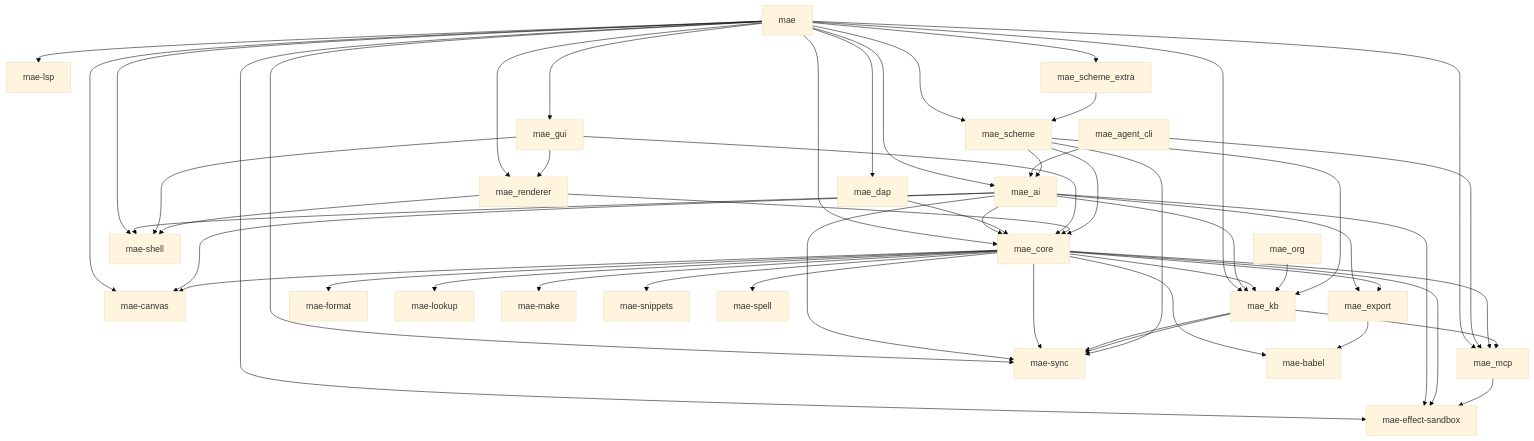
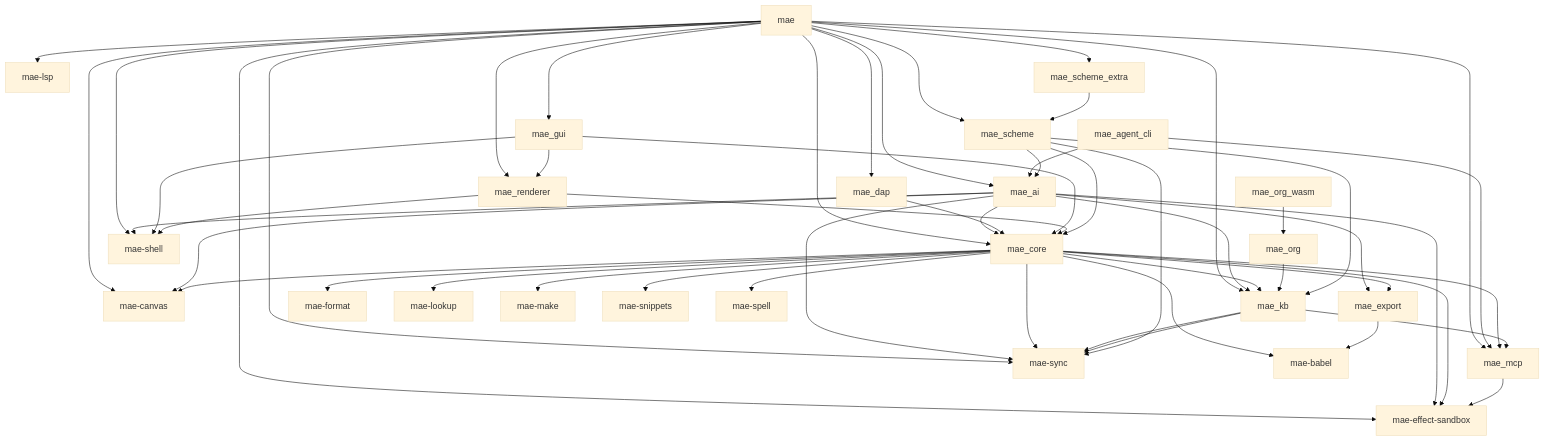
The diagram in docs/CODE_MAP.md (cuttlefisch/mae), drawn with Mermaid (base theme) before and after one commit. The commit also changed other lines of this file and 17 other files, not shown here.

````diff
--- a/docs/CODE_MAP.md
+++ b/docs/CODE_MAP.md
@@ -7,66 +7,67 @@
 ```mermaid
 graph TD
     mae --> mae_ai
     mae --> mae_canvas
     mae --> mae_core
     mae --> mae_dap
     mae --> mae_effect_sandbox
     mae --> mae_gui
     mae --> mae_kb
     mae --> mae_lsp
     mae --> mae_mcp
     mae --> mae_renderer
     mae --> mae_scheme
     mae --> mae_scheme_extra
     mae --> mae_shell
     mae --> mae_sync
     mae_agent_cli --> mae_ai
     mae_agent_cli --> mae_mcp
     mae_ai --> mae_canvas
     mae_ai --> mae_core
     mae_ai --> mae_effect_sandbox
     mae_ai --> mae_export
     mae_ai --> mae_kb
     mae_ai --> mae_shell
     mae_ai --> mae_sync
     mae_babel[mae-babel]
     mae_canvas[mae-canvas]
     mae_core --> mae_babel
     mae_core --> mae_canvas
     mae_core --> mae_effect_sandbox
     mae_core --> mae_export
     mae_core --> mae_format
     mae_core --> mae_kb
     mae_core --> mae_lookup
     mae_core --> mae_make
     mae_core --> mae_snippets
     mae_core --> mae_spell
     mae_core --> mae_sync
     mae_core --> mae_mcp
     mae_dap --> mae_core
     mae_effect_sandbox[mae-effect-sandbox]
     mae_export --> mae_babel
     mae_format[mae-format]
     mae_gui --> mae_core
     mae_gui --> mae_renderer
     mae_gui --> mae_shell
     mae_kb --> mae_mcp
     mae_kb --> mae_sync
     mae_kb --> mae_sync
     mae_lookup[mae-lookup]
     mae_lsp[mae-lsp]
     mae_make[mae-make]
     mae_mcp --> mae_effect_sandbox
     mae_org --> mae_kb
+    mae_org_wasm --> mae_org
     mae_renderer --> mae_core
     mae_renderer --> mae_shell
     mae_scheme --> mae_ai
     mae_scheme --> mae_core
     mae_scheme --> mae_kb
     mae_scheme --> mae_sync
     mae_scheme_extra --> mae_scheme
     mae_shell[mae-shell]
     mae_snippets[mae-snippets]
     mae_spell[mae-spell]
     mae_sync[mae-sync]
 ```
````
